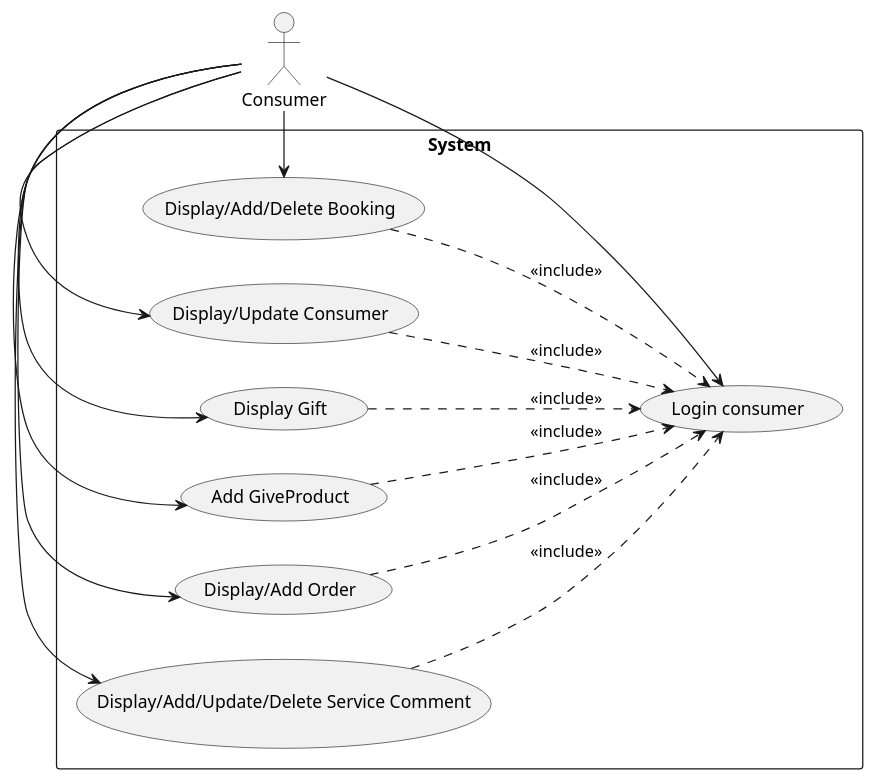
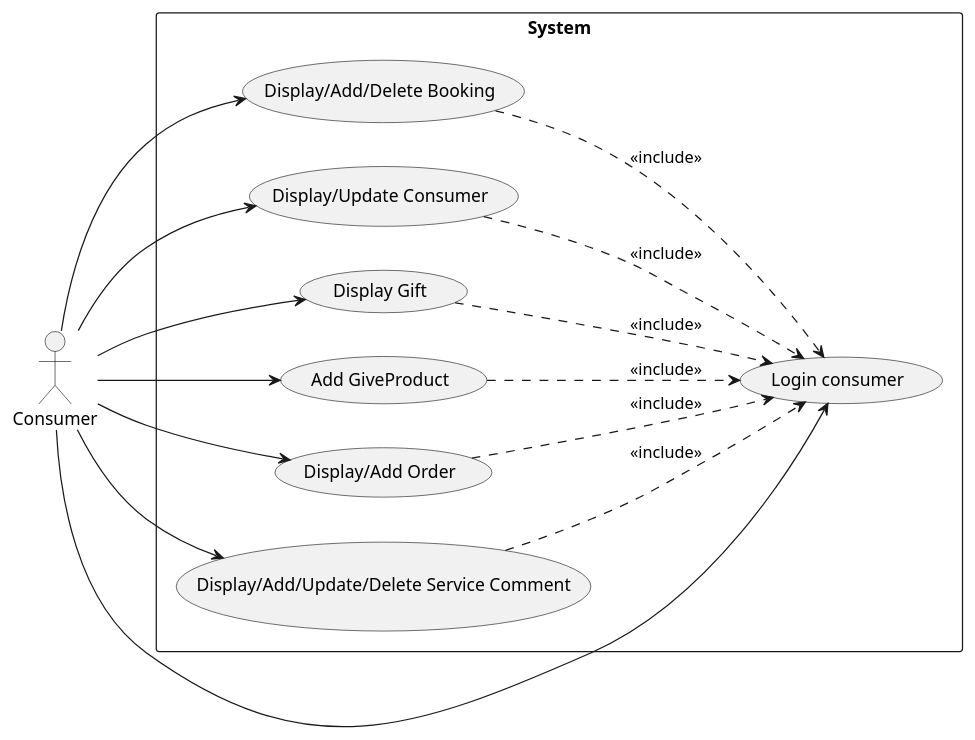
One commit to AlfonsoCiampa/beautyline changed the diagram in Diagrams/UseCase/BeautyLineUseCaseConsumer.puml. Above: the diagram before and after it, drawn with PlantUML. The commit also changed 9 other files, not shown here.

```diff
--- a/Diagrams/UseCase/BeautyLineUseCaseConsumer.puml
+++ b/Diagrams/UseCase/BeautyLineUseCaseConsumer.puml
@@ -1,21 +1,21 @@
 @startuml
 left to right direction
 actor "Consumer"
 
 
 rectangle System{
-	Consumer ->  (Login consumer)
-	Consumer -> (Display/Add/Delete Booking)
+	Consumer -down->  (Login consumer)
+	Consumer -down-> (Display/Add/Delete Booking)
 	(Display/Add/Delete Booking) ..> (Login consumer): <<include>>
-	Consumer -> (Display/Update Consumer)
+	Consumer -down-> (Display/Update Consumer)
 	(Display/Update Consumer) ..> (Login consumer): <<include>>
-	Consumer -> (Display Gift)
+	Consumer -down-> (Display Gift)
 	(Display Gift) ..> (Login consumer): <<include>>
-	Consumer -> (Add GiveProduct)
+	Consumer -down-> (Add GiveProduct)
 	(Add GiveProduct) ..> (Login consumer): <<include>>
-	Consumer -> (Display/Add Order)
+	Consumer -down-> (Display/Add Order)
 	(Display/Add Order) ..> (Login consumer): <<include>>
-	Consumer -> (Display/Add/Update/Delete Service Comment)
+	Consumer -down-> (Display/Add/Update/Delete Service Comment)
 	(Display/Add/Update/Delete Service Comment) ..> (Login consumer): <<include>>
 }
 @enduml
```
